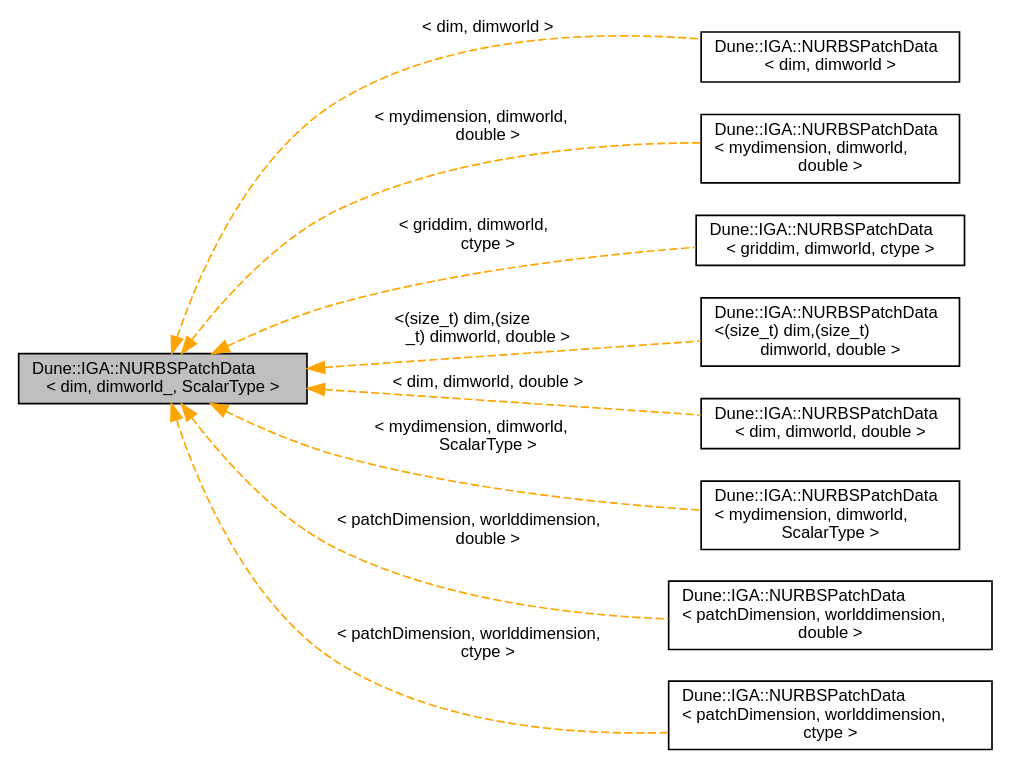
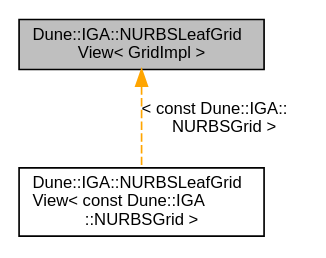
The diagram in dc/de0/a01302.dot (rath3t/dune-iga-doc), drawn with Graphviz before and after one commit. The commit also changed 946 other files, not shown here.

Commit message:
deploy: rath3t/dune-iga@1129f046371dfd55370a9dcff02a6aba99e36e4c

```diff
--- a/dc/de0/a01302.dot
+++ b/dc/de0/a01302.dot
@@ -1,24 +1,9 @@
-digraph "Dune::IGA::NURBSPatchData&lt; dim, dimworld_, ScalarType &gt;"
+digraph "Dune::IGA::NURBSLeafGridView&lt; GridImpl &gt;"
 {
  // LATEX_PDF_SIZE
   edge [fontname="Helvetica",fontsize="10",labelfontname="Helvetica",labelfontsize="10"];
   node [fontname="Helvetica",fontsize="10",shape=record];
-  rankdir="LR";
-  Node1 [label="Dune::IGA::NURBSPatchData\l\< dim, dimworld_, ScalarType \>",height=0.2,width=0.4,color="black", fillcolor="grey75", style="filled", fontcolor="black",tooltip="class that holds all data regarding the NURBS structure"];
-  Node1 -> Node2 [dir="back",color="orange",fontsize="10",style="dashed",label=" \< dim, dimworld \>" ,fontname="Helvetica"];
-  Node2 [label="Dune::IGA::NURBSPatchData\l\< dim, dimworld \>",height=0.2,width=0.4,color="black", fillcolor="white", style="filled",URL="$d6/d07/a01303.html",tooltip=" "];
-  Node1 -> Node3 [dir="back",color="orange",fontsize="10",style="dashed",label=" \< mydimension, dimworld,\l double \>" ,fontname="Helvetica"];
-  Node3 [label="Dune::IGA::NURBSPatchData\l\< mydimension, dimworld,\l double \>",height=0.2,width=0.4,color="black", fillcolor="white", style="filled",URL="$d6/d07/a01303.html",tooltip=" "];
-  Node1 -> Node4 [dir="back",color="orange",fontsize="10",style="dashed",label=" \< griddim, dimworld,\l ctype \>" ,fontname="Helvetica"];
-  Node4 [label="Dune::IGA::NURBSPatchData\l\< griddim, dimworld, ctype \>",height=0.2,width=0.4,color="black", fillcolor="white", style="filled",URL="$d6/d07/a01303.html",tooltip=" "];
-  Node1 -> Node5 [dir="back",color="orange",fontsize="10",style="dashed",label=" \<(size_t) dim,(size\l_t) dimworld, double \>" ,fontname="Helvetica"];
-  Node5 [label="Dune::IGA::NURBSPatchData\l\<(size_t) dim,(size_t)\l dimworld, double \>",height=0.2,width=0.4,color="black", fillcolor="white", style="filled",URL="$d6/d07/a01303.html",tooltip=" "];
-  Node1 -> Node6 [dir="back",color="orange",fontsize="10",style="dashed",label=" \< dim, dimworld, double \>" ,fontname="Helvetica"];
-  Node6 [label="Dune::IGA::NURBSPatchData\l\< dim, dimworld, double \>",height=0.2,width=0.4,color="black", fillcolor="white", style="filled",URL="$d6/d07/a01303.html",tooltip=" "];
-  Node1 -> Node7 [dir="back",color="orange",fontsize="10",style="dashed",label=" \< mydimension, dimworld,\l ScalarType \>" ,fontname="Helvetica"];
-  Node7 [label="Dune::IGA::NURBSPatchData\l\< mydimension, dimworld,\l ScalarType \>",height=0.2,width=0.4,color="black", fillcolor="white", style="filled",URL="$d6/d07/a01303.html",tooltip=" "];
-  Node1 -> Node8 [dir="back",color="orange",fontsize="10",style="dashed",label=" \< patchDimension, worlddimension,\l double \>" ,fontname="Helvetica"];
-  Node8 [label="Dune::IGA::NURBSPatchData\l\< patchDimension, worlddimension,\l double \>",height=0.2,width=0.4,color="black", fillcolor="white", style="filled",URL="$d6/d07/a01303.html",tooltip=" "];
-  Node1 -> Node9 [dir="back",color="orange",fontsize="10",style="dashed",label=" \< patchDimension, worlddimension,\l ctype \>" ,fontname="Helvetica"];
-  Node9 [label="Dune::IGA::NURBSPatchData\l\< patchDimension, worlddimension,\l ctype \>",height=0.2,width=0.4,color="black", fillcolor="white", style="filled",URL="$d6/d07/a01303.html",tooltip=" "];
+  Node1 [label="Dune::IGA::NURBSLeafGrid\lView\< GridImpl \>",height=0.2,width=0.4,color="black", fillcolor="grey75", style="filled", fontcolor="black",tooltip="NURBS leaf grid view, see Dune Book Ch. 5.1."];
+  Node1 -> Node2 [dir="back",color="orange",fontsize="10",style="dashed",label=" \< const Dune::IGA::\lNURBSGrid \>" ,fontname="Helvetica"];
+  Node2 [label="Dune::IGA::NURBSLeafGrid\lView\< const Dune::IGA\l::NURBSGrid \>",height=0.2,width=0.4,color="black", fillcolor="white", style="filled",URL="$d6/d07/a01303.html",tooltip=" "];
 }
```
